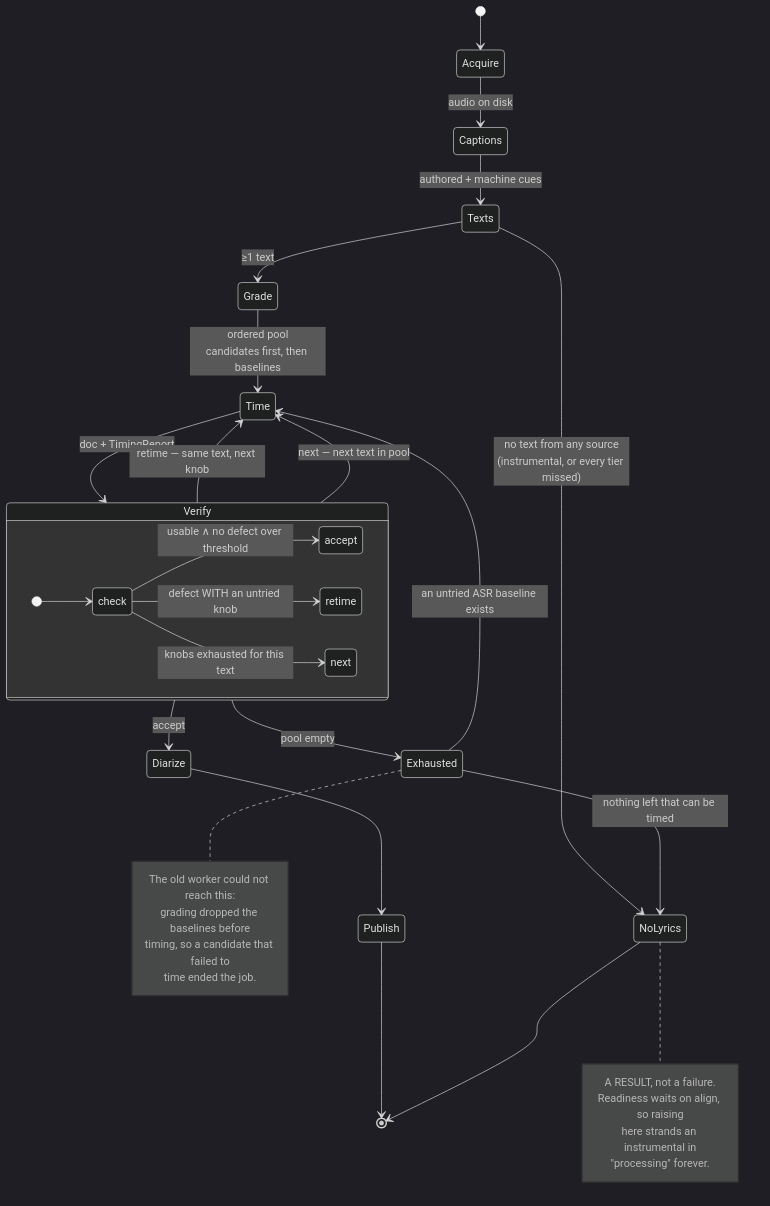
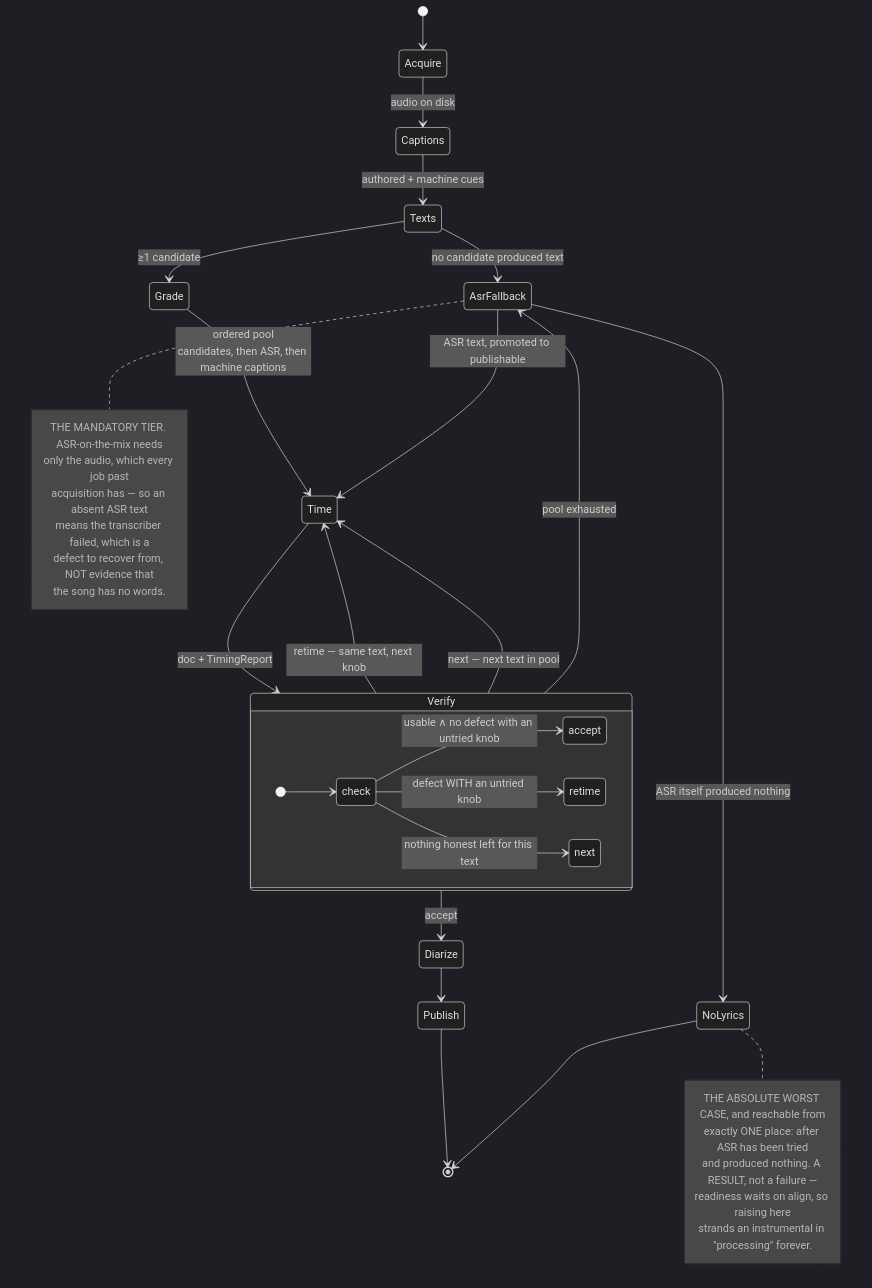
Before and after one commit to OnlyOneByte/Encore: the first of 3 diagrams in new-worker/README.md, drawn with Mermaid (dark theme). The commit also changed other lines of this file and 692 other files, not shown here.

Commit message:
refactor(tests, worker): Fully remove old E2E tests. Migrate core into its own directory. Update new worker

````diff
--- a/new-worker/README.md
+++ b/new-worker/README.md
@@ -39,49 +39,53 @@
 ```mermaid
 stateDiagram-v2
     direction TB
     [*] --> Acquire
 
     Acquire --> Captions : audio on disk
     Captions --> Texts : authored + machine cues
 
-    Texts --> NoLyrics : no text from any source<br/>(instrumental, or every tier missed)
-    Texts --> Grade : ≥1 text
+    Texts --> AsrFallback : no candidate produced text
+    Texts --> Grade : ≥1 candidate
 
-    Grade --> Time : ordered pool<br/>candidates first, then baselines
+    Grade --> Time : ordered pool<br/>candidates, then ASR, then machine captions
 
     Time --> Verify : doc + TimingReport
 
     state Verify {
         direction LR
         [*] --> check
-        check --> accept : usable ∧ no defect over threshold
+        check --> accept : usable ∧ no defect with an untried knob
         check --> retime : defect WITH an untried knob
-        check --> next : knobs exhausted for this text
+        check --> next : nothing honest left for this text
     }
 
     Verify --> Diarize : accept
     Verify --> Time : retime — same text, next knob
     Verify --> Time : next — next text in pool
-    Verify --> Exhausted : pool empty
+    Verify --> AsrFallback : pool exhausted
 
-    Exhausted --> Time : an untried ASR baseline exists
-    Exhausted --> NoLyrics : nothing left that can be timed
+    AsrFallback --> Time : ASR text, promoted to publishable
+    AsrFallback --> NoLyrics : ASR itself produced nothing
 
     Diarize --> Publish
     Publish --> [*]
     NoLyrics --> [*]
 
-    note right of NoLyrics
-        A RESULT, not a failure.
-        Readiness waits on align, so raising
-        here strands an instrumental in
-        "processing" forever.
+    note right of AsrFallback
+        THE MANDATORY TIER. ASR-on-the-mix needs
+        only the audio, which every job past
+        acquisition has — so an absent ASR text
+        means the transcriber failed, which is a
+        defect to recover from, NOT evidence that
+        the song has no words.
     end note
 
-    note right of Exhausted
-        The old worker could not reach this:
-        grading dropped the baselines before
-        timing, so a candidate that failed to
-        time ended the job.
+    note right of NoLyrics
+        THE ABSOLUTE WORST CASE, and reachable from
+        exactly ONE place: after ASR has been tried
+        and produced nothing. A RESULT, not a failure —
+        readiness waits on align, so raising here
+        strands an instrumental in "processing" forever.
     end note
+
 ```
````
